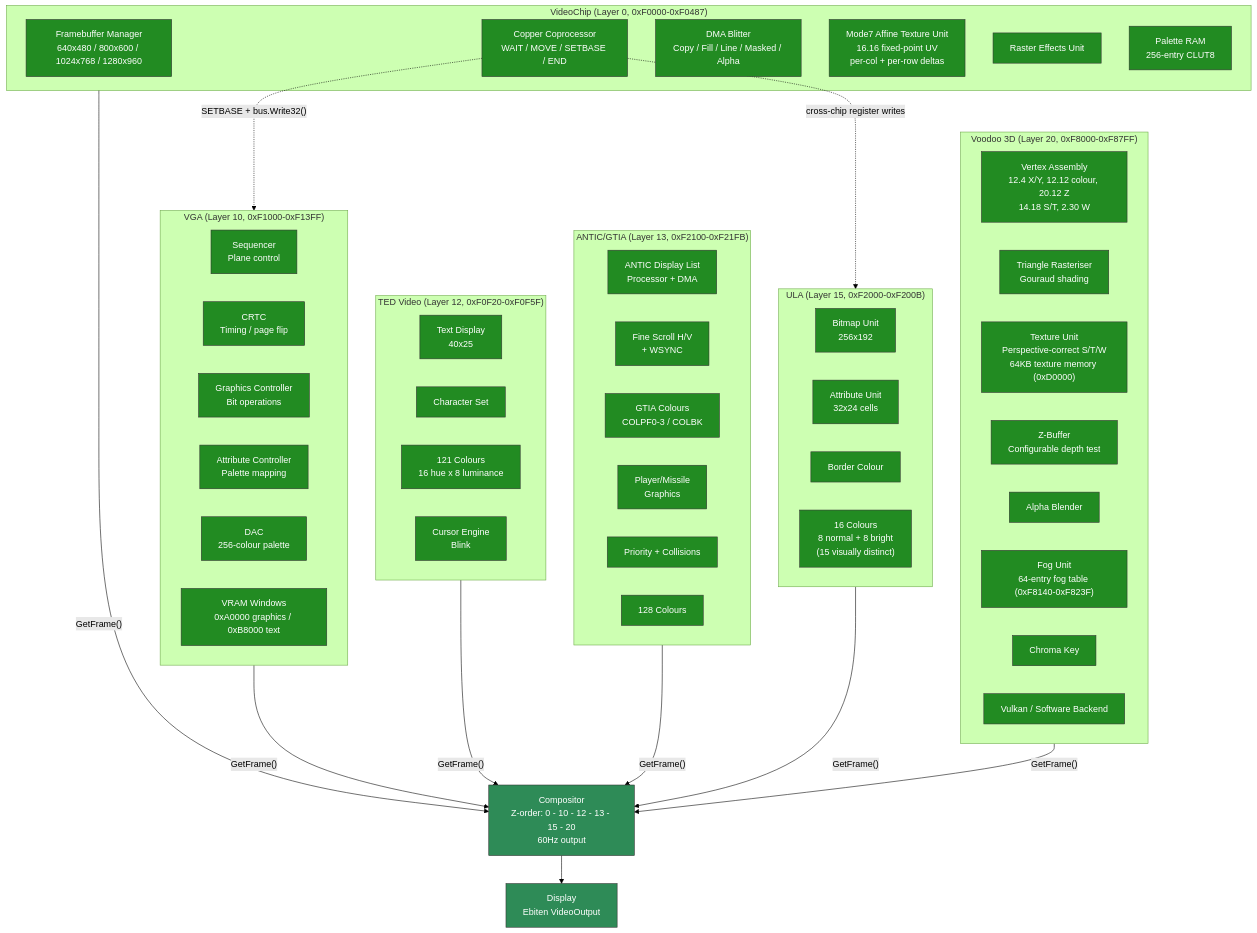
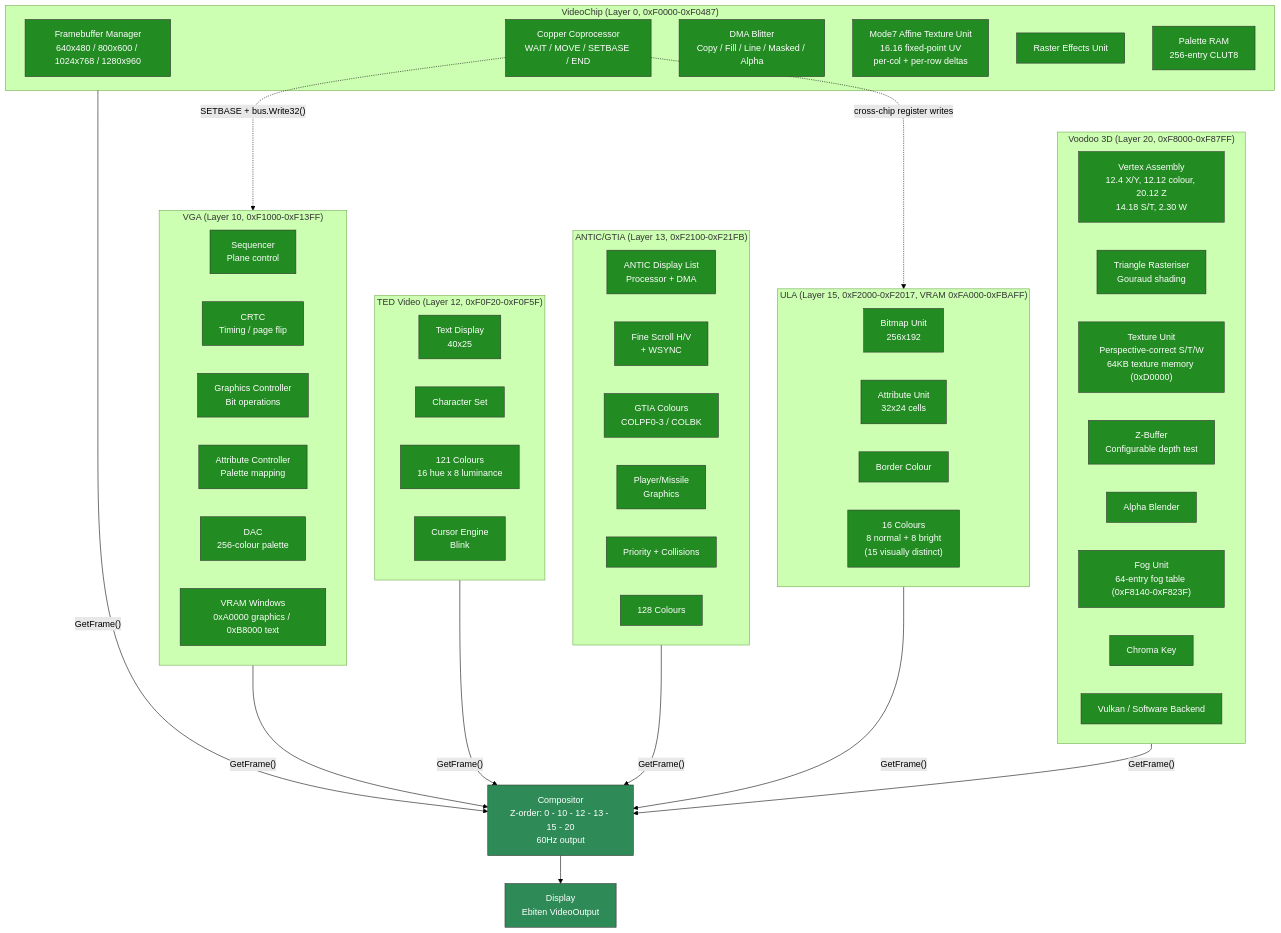
The third of 9 diagrams in sdk/docs/architecture.md (IntuitionAmiga/IntuitionEngine), drawn with Mermaid (forest theme) before and after one commit. The commit also changed other lines of this file and 47 other files, not shown here.

First line of the commit message:
Fix ULA bus integration, paged VRAM access, and VBlank IRQs

````diff
--- a/sdk/docs/architecture.md
+++ b/sdk/docs/architecture.md
@@ -330,78 +330,78 @@
 ```mermaid
 graph TB
     subgraph VCS["VideoChip (Layer 0, 0xF0000-0xF0487)"]
         VC_FB["Framebuffer Manager<br/>640x480 / 800x600 / 1024x768 / 1280x960"]
         VC_COP["Copper Coprocessor<br/>WAIT / MOVE / SETBASE / END"]
         VC_BLT["DMA Blitter<br/>Copy / Fill / Line / Masked / Alpha"]
         VC_M7["Mode7 Affine Texture Unit<br/>16.16 fixed-point UV<br/>per-col + per-row deltas"]
         VC_RST["Raster Effects Unit"]
         VC_PAL["Palette RAM<br/>256-entry CLUT8"]
     end
 
     subgraph VGAS["VGA (Layer 10, 0xF1000-0xF13FF)"]
         VGA_SEQ["Sequencer<br/>Plane control"]
         VGA_CRTC["CRTC<br/>Timing / page flip"]
         VGA_GC["Graphics Controller<br/>Bit operations"]
         VGA_AC["Attribute Controller<br/>Palette mapping"]
         VGA_DAC["DAC<br/>256-colour palette"]
         VGA_VRAM["VRAM Windows<br/>0xA0000 graphics / 0xB8000 text"]
     end
 
     subgraph TEDS["TED Video (Layer 12, 0xF0F20-0xF0F5F)"]
         TED_TXT["Text Display<br/>40x25"]
         TED_CHR["Character Set"]
         TED_COL["121 Colours<br/>16 hue x 8 luminance"]
         TED_CUR["Cursor Engine<br/>Blink"]
     end
 
     subgraph ANTICS["ANTIC/GTIA (Layer 13, 0xF2100-0xF21FB)"]
         ANT_DLP["ANTIC Display List<br/>Processor + DMA"]
         ANT_SCR["Fine Scroll H/V<br/>+ WSYNC"]
         GTIA_C["GTIA Colours<br/>COLPF0-3 / COLBK"]
         GTIA_PM["Player/Missile<br/>Graphics"]
         GTIA_PR["Priority + Collisions"]
         ANT_COL["128 Colours"]
     end
 
-    subgraph ULAS["ULA (Layer 15, 0xF2000-0xF200B)"]
+    subgraph ULAS["ULA (Layer 15, 0xF2000-0xF2017, VRAM 0xFA000-0xFBAFF)"]
         ULA_BMP["Bitmap Unit<br/>256x192"]
         ULA_ATR["Attribute Unit<br/>32x24 cells"]
         ULA_BDR["Border Colour"]
         ULA_COL["16 Colours<br/>8 normal + 8 bright<br/>(15 visually distinct)"]
     end
 
     subgraph VOOS["Voodoo 3D (Layer 20, 0xF8000-0xF87FF)"]
         VOO_VTX["Vertex Assembly<br/>12.4 X/Y, 12.12 colour, 20.12 Z<br/>14.18 S/T, 2.30 W"]
         VOO_TRI["Triangle Rasteriser<br/>Gouraud shading"]
         VOO_TEX["Texture Unit<br/>Perspective-correct S/T/W<br/>64KB texture memory (0xD0000)"]
         VOO_ZB["Z-Buffer<br/>Configurable depth test"]
         VOO_AB["Alpha Blender"]
         VOO_FOG["Fog Unit<br/>64-entry fog table (0xF8140-0xF823F)"]
         VOO_CK["Chroma Key"]
         VOO_BE["Vulkan / Software Backend"]
     end
 
     COMPS["Compositor<br/>Z-order: 0 - 10 - 12 - 13 - 15 - 20<br/>60Hz output"]
     DISPLAY["Display<br/>Ebiten VideoOutput"]
 
     VCS -->|"GetFrame()"| COMPS
     VGAS -->|"GetFrame()"| COMPS
     TEDS -->|"GetFrame()"| COMPS
     ANTICS -->|"GetFrame()"| COMPS
     ULAS -->|"GetFrame()"| COMPS
     VOOS -->|"GetFrame()"| COMPS
     COMPS --> DISPLAY
 
     VC_COP -.->|"SETBASE + bus.Write32()"| VGAS
     VC_COP -.->|"cross-chip register writes"| ULAS
 
     classDef video fill:#228B22,stroke:#333,color:#fff
     classDef comp fill:#2E8B57,stroke:#333,color:#fff
     class VC_FB,VC_COP,VC_BLT,VC_M7,VC_RST,VC_PAL video
     class VGA_SEQ,VGA_CRTC,VGA_GC,VGA_AC,VGA_DAC,VGA_VRAM video
     class TED_TXT,TED_CHR,TED_COL,TED_CUR video
     class ANT_DLP,ANT_SCR,GTIA_C,GTIA_PM,GTIA_PR,ANT_COL video
     class ULA_BMP,ULA_ATR,ULA_BDR,ULA_COL video
     class VOO_VTX,VOO_TRI,VOO_TEX,VOO_ZB,VOO_AB,VOO_FOG,VOO_CK,VOO_BE video
     class COMPS,DISPLAY comp
 ```
````
